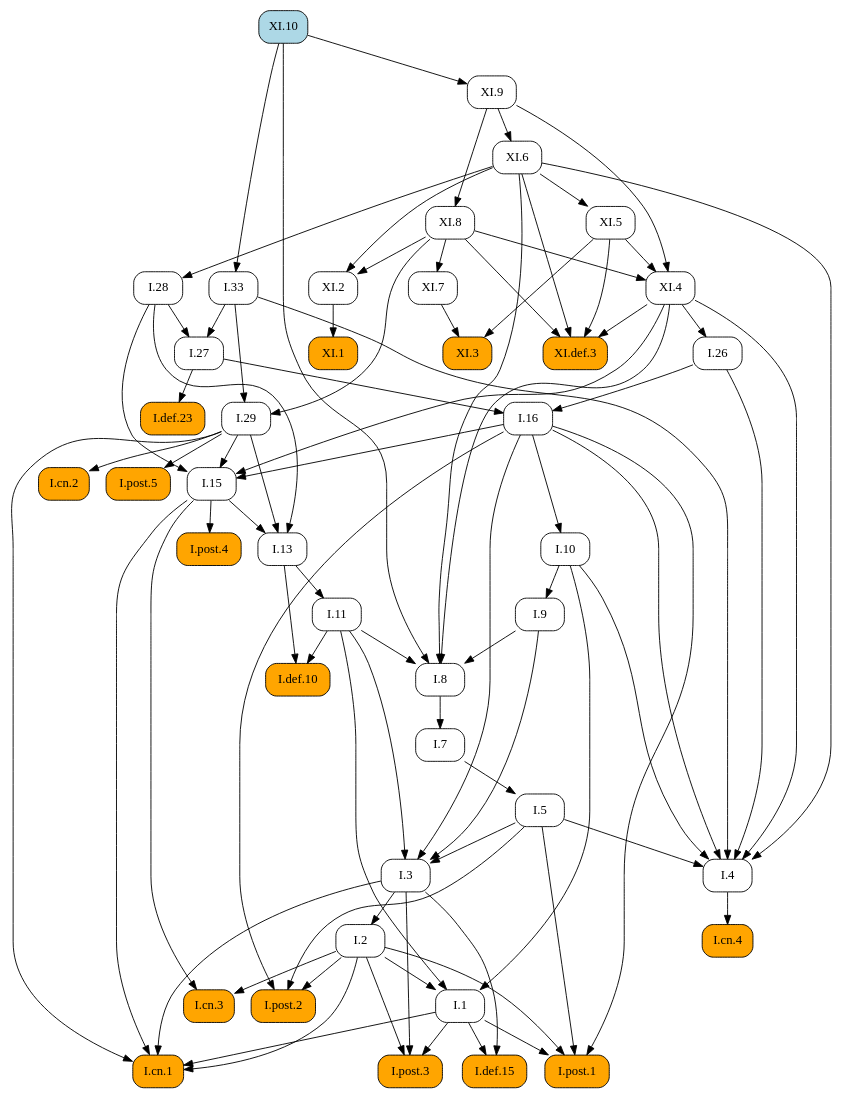
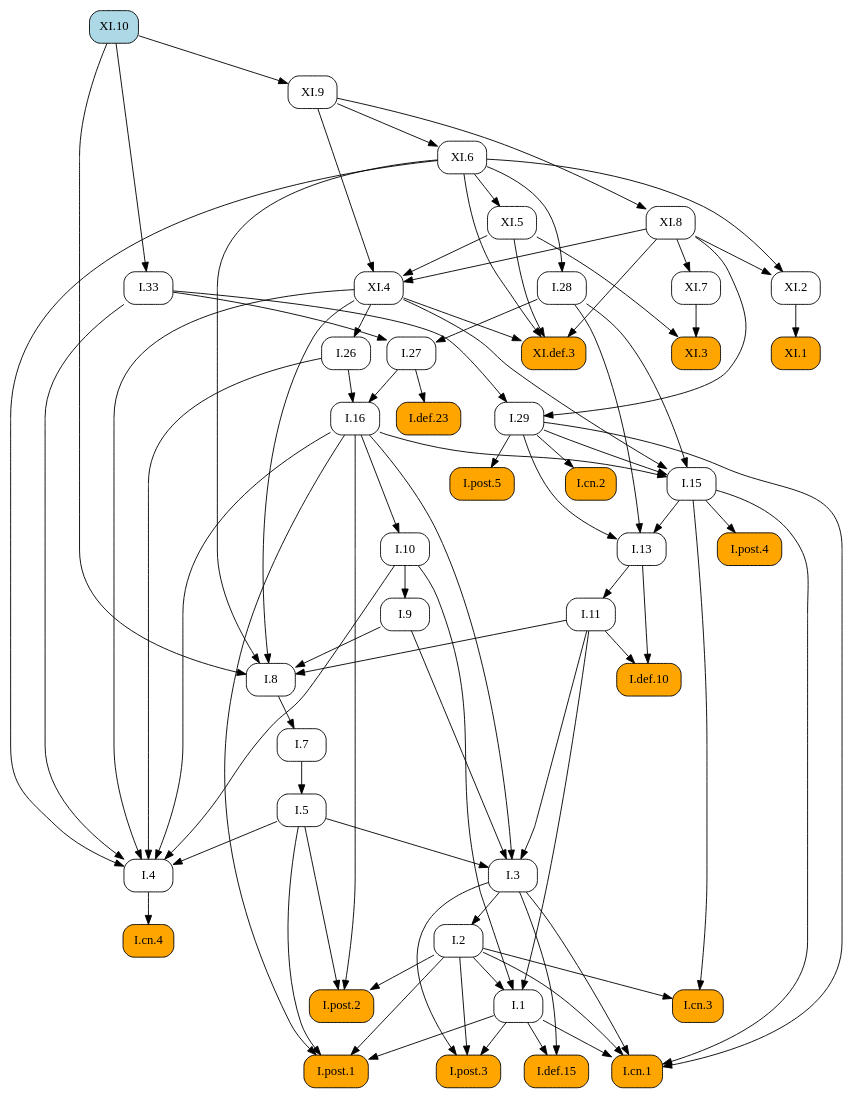
One commit to geometor/elements changed the diagram in docsrc/heath/XI/10/index.rst. Above: the diagram before and after it, drawn with Graphviz. The commit also changed other lines of this file and 1029 other files, not shown here.

```diff
--- a/docsrc/heath/XI/10/index.rst
+++ b/docsrc/heath/XI/10/index.rst
@@ -43,88 +43,95 @@
    digraph {
      rankdir="TB";
      node [shape=box, style=rounded];
-     "I.cn.3" [style="rounded,filled", fillcolor=orange, URL="/heath/I/cn.3/", target="_top"];
-     "I.29" [URL="/heath/I/29/", target="_top"];
-     "I.7" [URL="/heath/I/7/", target="_top"];
-     "I.27" [URL="/heath/I/27/", target="_top"];
-     "I.def.23" [style="rounded,filled", fillcolor=orange, URL="/heath/I/def.23/", target="_top"];
-     "I.8" [URL="/heath/I/8/", target="_top"];
-     "I.9" [URL="/heath/I/9/", target="_top"];
-     "XI.4" [URL="/heath/XI/4/", target="_top"];
-     "I.post.4" [style="rounded,filled", fillcolor=orange, URL="/heath/I/post.4/", target="_top"];
-     "I.2" [URL="/heath/I/2/", target="_top"];
-     "I.28" [URL="/heath/I/28/", target="_top"];
-     "I.1" [URL="/heath/I/1/", target="_top"];
-     "I.def.15" [style="rounded,filled", fillcolor=orange, URL="/heath/I/def.15/", target="_top"];
-     "I.post.1" [style="rounded,filled", fillcolor=orange, URL="/heath/I/post.1/", target="_top"];
-     "XI.1" [style="rounded,filled", fillcolor=orange, URL="/heath/XI/1/", target="_top"];
-     "I.cn.4" [style="rounded,filled", fillcolor=orange, URL="/heath/I/cn.4/", target="_top"];
-     "XI.10" [style="rounded,filled", fillcolor=lightblue, URL="/heath/XI/10/", target="_top"];
-     "I.26" [URL="/heath/I/26/", target="_top"];
-     "I.33" [URL="/heath/I/33/", target="_top"];
-     "XI.9" [URL="/heath/XI/9/", target="_top"];
-     "I.13" [URL="/heath/I/13/", target="_top"];
-     "I.cn.2" [style="rounded,filled", fillcolor=orange, URL="/heath/I/cn.2/", target="_top"];
-     "I.5" [URL="/heath/I/5/", target="_top"];
-     "I.11" [URL="/heath/I/11/", target="_top"];
-     "I.10" [URL="/heath/I/10/", target="_top"];
-     "I.4" [URL="/heath/I/4/", target="_top"];
-     "XI.5" [URL="/heath/XI/5/", target="_top"];
-     "I.3" [URL="/heath/I/3/", target="_top"];
-     "I.16" [URL="/heath/I/16/", target="_top"];
      "I.def.10" [style="rounded,filled", fillcolor=orange, URL="/heath/I/def.10/", target="_top"];
      "XI.def.3" [style="rounded,filled", fillcolor=orange, URL="/heath/XI/def.3/", target="_top"];
+     "I.11" [URL="/heath/I/11/", target="_top"];
+     "I.28" [URL="/heath/I/28/", target="_top"];
+     "I.post.4" [style="rounded,filled", fillcolor=orange, URL="/heath/I/post.4/", target="_top"];
+     "I.1" [URL="/heath/I/1/", target="_top"];
+     "I.26" [URL="/heath/I/26/", target="_top"];
+     "XI.7" [URL="/heath/XI/7/", target="_top"];
+     "I.29" [URL="/heath/I/29/", target="_top"];
+     "I.cn.2" [style="rounded,filled", fillcolor=orange, URL="/heath/I/cn.2/", target="_top"];
+     "XI.9" [URL="/heath/XI/9/", target="_top"];
+     "XI.8" [URL="/heath/XI/8/", target="_top"];
+     "I.def.15" [style="rounded,filled", fillcolor=orange, URL="/heath/I/def.15/", target="_top"];
+     "XI.10" [style="rounded,filled", fillcolor=lightblue, URL="/heath/XI/10/", target="_top"];
+     "I.post.3" [style="rounded,filled", fillcolor=orange, URL="/heath/I/post.3/", target="_top"];
+     "XI.5" [URL="/heath/XI/5/", target="_top"];
+     "XI.1" [style="rounded,filled", fillcolor=orange, URL="/heath/XI/1/", target="_top"];
+     "I.cn.1" [style="rounded,filled", fillcolor=orange, URL="/heath/I/cn.1/", target="_top"];
+     "I.cn.3" [style="rounded,filled", fillcolor=orange, URL="/heath/I/cn.3/", target="_top"];
+     "XI.2" [URL="/heath/XI/2/", target="_top"];
+     "I.post.1" [style="rounded,filled", fillcolor=orange, URL="/heath/I/post.1/", target="_top"];
+     "XI.6" [URL="/heath/XI/6/", target="_top"];
+     "I.27" [URL="/heath/I/27/", target="_top"];
+     "I.7" [URL="/heath/I/7/", target="_top"];
+     "I.3" [URL="/heath/I/3/", target="_top"];
+     "I.2" [URL="/heath/I/2/", target="_top"];
+     "I.4" [URL="/heath/I/4/", target="_top"];
+     "I.def.23" [style="rounded,filled", fillcolor=orange, URL="/heath/I/def.23/", target="_top"];
+     "I.13" [URL="/heath/I/13/", target="_top"];
+     "I.33" [URL="/heath/I/33/", target="_top"];
      "I.post.2" [style="rounded,filled", fillcolor=orange, URL="/heath/I/post.2/", target="_top"];
-     "I.post.3" [style="rounded,filled", fillcolor=orange, URL="/heath/I/post.3/", target="_top"];
+     "I.16" [URL="/heath/I/16/", target="_top"];
+     "I.9" [URL="/heath/I/9/", target="_top"];
+     "I.8" [URL="/heath/I/8/", target="_top"];
+     "I.cn.4" [style="rounded,filled", fillcolor=orange, URL="/heath/I/cn.4/", target="_top"];
+     "I.15" [URL="/heath/I/15/", target="_top"];
+     "XI.4" [URL="/heath/XI/4/", target="_top"];
      "I.post.5" [style="rounded,filled", fillcolor=orange, URL="/heath/I/post.5/", target="_top"];
+     "I.10" [URL="/heath/I/10/", target="_top"];
+     "I.5" [URL="/heath/I/5/", target="_top"];
      "XI.3" [style="rounded,filled", fillcolor=orange, URL="/heath/XI/3/", target="_top"];
-     "XI.6" [URL="/heath/XI/6/", target="_top"];
-     "XI.7" [URL="/heath/XI/7/", target="_top"];
-     "I.15" [URL="/heath/I/15/", target="_top"];
-     "I.cn.1" [style="rounded,filled", fillcolor=orange, URL="/heath/I/cn.1/", target="_top"];
-     "XI.2" [URL="/heath/XI/2/", target="_top"];
-     "XI.8" [URL="/heath/XI/8/", target="_top"];
-     "I.2" -> "I.cn.3";
-     "I.15" -> "I.cn.3";
-     "I.33" -> "I.29";
-     "XI.8" -> "I.29";
-     "I.8" -> "I.7";
-     "I.28" -> "I.27";
-     "I.33" -> "I.27";
-     "I.27" -> "I.def.23";
-     "I.9" -> "I.8";
-     "I.11" -> "I.8";
-     "XI.4" -> "I.8";
-     "XI.6" -> "I.8";
-     "XI.10" -> "I.8";
-     "I.10" -> "I.9";
-     "XI.5" -> "XI.4";
-     "XI.8" -> "XI.4";
-     "XI.9" -> "XI.4";
+     "I.11" -> "I.def.10";
+     "I.13" -> "I.def.10";
+     "XI.4" -> "XI.def.3";
+     "XI.5" -> "XI.def.3";
+     "XI.6" -> "XI.def.3";
+     "XI.8" -> "XI.def.3";
+     "I.13" -> "I.11";
+     "XI.6" -> "I.28";
      "I.15" -> "I.post.4";
-     "I.3" -> "I.2";
-     "XI.6" -> "I.28";
      "I.2" -> "I.1";
      "I.10" -> "I.1";
      "I.11" -> "I.1";
+     "XI.4" -> "I.26";
+     "XI.8" -> "XI.7";
+     "I.33" -> "I.29";
+     "XI.8" -> "I.29";
+     "I.29" -> "I.cn.2";
+     "XI.10" -> "XI.9";
+     "XI.9" -> "XI.8";
      "I.1" -> "I.def.15";
      "I.3" -> "I.def.15";
+     "I.1" -> "I.post.3";
+     "I.2" -> "I.post.3";
+     "I.3" -> "I.post.3";
+     "XI.6" -> "XI.5";
+     "XI.2" -> "XI.1";
+     "I.1" -> "I.cn.1";
+     "I.2" -> "I.cn.1";
+     "I.3" -> "I.cn.1";
+     "I.15" -> "I.cn.1";
+     "I.29" -> "I.cn.1";
+     "I.2" -> "I.cn.3";
+     "I.15" -> "I.cn.3";
+     "XI.6" -> "XI.2";
+     "XI.8" -> "XI.2";
      "I.1" -> "I.post.1";
      "I.2" -> "I.post.1";
      "I.5" -> "I.post.1";
      "I.16" -> "I.post.1";
-     "XI.2" -> "XI.1";
-     "I.4" -> "I.cn.4";
-     "XI.4" -> "I.26";
-     "XI.10" -> "I.33";
-     "XI.10" -> "XI.9";
-     "I.15" -> "I.13";
-     "I.28" -> "I.13";
-     "I.29" -> "I.13";
-     "I.29" -> "I.cn.2";
-     "I.7" -> "I.5";
-     "I.13" -> "I.11";
-     "I.16" -> "I.10";
+     "XI.9" -> "XI.6";
+     "I.28" -> "I.27";
+     "I.33" -> "I.27";
+     "I.8" -> "I.7";
+     "I.5" -> "I.3";
+     "I.9" -> "I.3";
+     "I.11" -> "I.3";
+     "I.16" -> "I.3";
+     "I.3" -> "I.2";
      "I.5" -> "I.4";
      "I.10" -> "I.4";
      "I.16" -> "I.4";
@@ -132,40 +139,33 @@
      "I.33" -> "I.4";
      "XI.4" -> "I.4";
      "XI.6" -> "I.4";
-     "XI.6" -> "XI.5";
-     "I.5" -> "I.3";
-     "I.9" -> "I.3";
-     "I.11" -> "I.3";
-     "I.16" -> "I.3";
-     "I.26" -> "I.16";
-     "I.27" -> "I.16";
-     "I.11" -> "I.def.10";
-     "I.13" -> "I.def.10";
-     "XI.4" -> "XI.def.3";
-     "XI.5" -> "XI.def.3";
-     "XI.6" -> "XI.def.3";
-     "XI.8" -> "XI.def.3";
+     "I.27" -> "I.def.23";
+     "I.15" -> "I.13";
+     "I.28" -> "I.13";
+     "I.29" -> "I.13";
+     "XI.10" -> "I.33";
      "I.2" -> "I.post.2";
      "I.5" -> "I.post.2";
      "I.16" -> "I.post.2";
-     "I.1" -> "I.post.3";
-     "I.2" -> "I.post.3";
-     "I.3" -> "I.post.3";
-     "I.29" -> "I.post.5";
-     "XI.5" -> "XI.3";
-     "XI.7" -> "XI.3";
-     "XI.9" -> "XI.6";
-     "XI.8" -> "XI.7";
+     "I.26" -> "I.16";
+     "I.27" -> "I.16";
+     "I.10" -> "I.9";
+     "I.9" -> "I.8";
+     "I.11" -> "I.8";
+     "XI.4" -> "I.8";
+     "XI.6" -> "I.8";
+     "XI.10" -> "I.8";
+     "I.4" -> "I.cn.4";
      "I.16" -> "I.15";
      "I.28" -> "I.15";
      "I.29" -> "I.15";
      "XI.4" -> "I.15";
-     "I.1" -> "I.cn.1";
-     "I.2" -> "I.cn.1";
-     "I.3" -> "I.cn.1";
-     "I.15" -> "I.cn.1";
-     "I.29" -> "I.cn.1";
-     "XI.6" -> "XI.2";
-     "XI.8" -> "XI.2";
-     "XI.9" -> "XI.8";
+     "XI.5" -> "XI.4";
+     "XI.8" -> "XI.4";
+     "XI.9" -> "XI.4";
+     "I.29" -> "I.post.5";
+     "I.16" -> "I.10";
+     "I.7" -> "I.5";
+     "XI.5" -> "XI.3";
+     "XI.7" -> "XI.3";
    }
```
